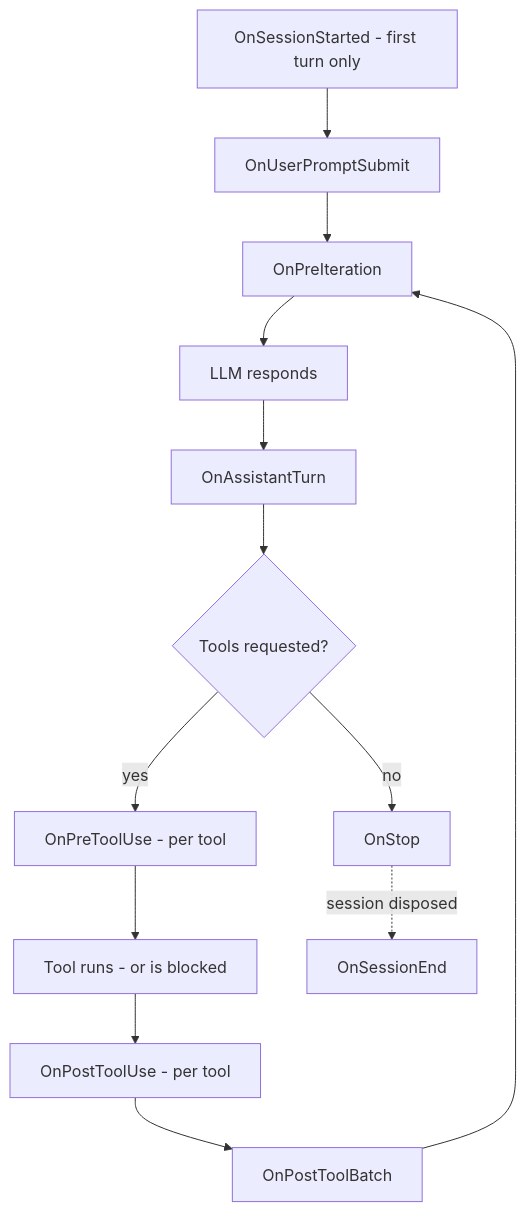
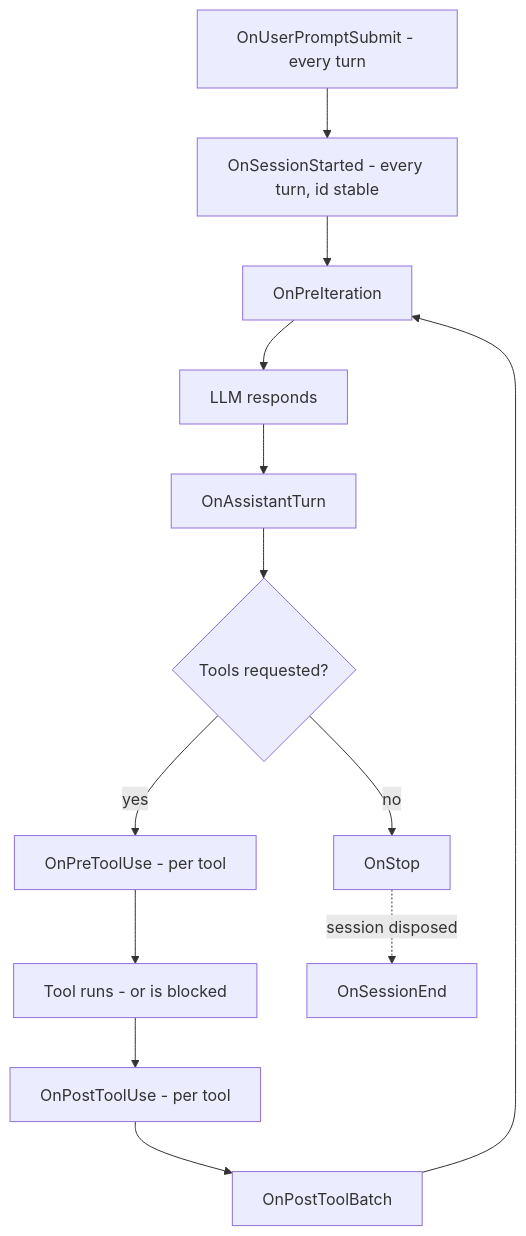
Before and after one commit to emreaydinceren/Agency.NET: the diagram in docs/How Hooks Work.md, drawn with Mermaid. The commit also changed other lines of this file and 23 other files, not shown here.

````diff
--- a/docs/How Hooks Work.md
+++ b/docs/How Hooks Work.md
@@ -104,15 +104,15 @@
 ```mermaid
 flowchart TD
-    Start[OnSessionStarted - first turn only] --> Prompt[OnUserPromptSubmit]
-    Prompt --> PreIter[OnPreIteration]
+    Prompt[OnUserPromptSubmit - every turn] --> Start[OnSessionStarted - every turn, id stable]
+    Start --> PreIter[OnPreIteration]
     PreIter --> Model[LLM responds]
     Model --> Turn[OnAssistantTurn]
     Turn --> Decide{Tools requested?}
     Decide -- yes --> PreTool[OnPreToolUse - per tool]
     PreTool --> Tool[Tool runs - or is blocked]
     Tool --> PostTool[OnPostToolUse - per tool]
     PostTool --> Batch[OnPostToolBatch]
     Batch --> PreIter
     Decide -- no --> Stop[OnStop]
     Stop -.session disposed.-> End[OnSessionEnd]
 ```
````
